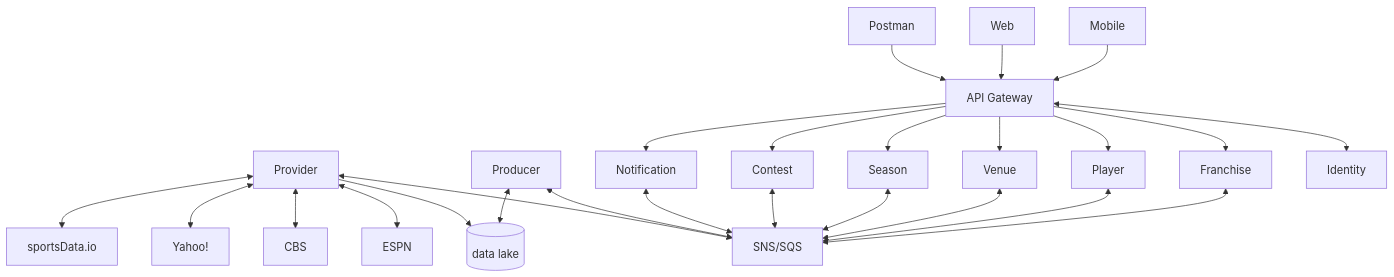
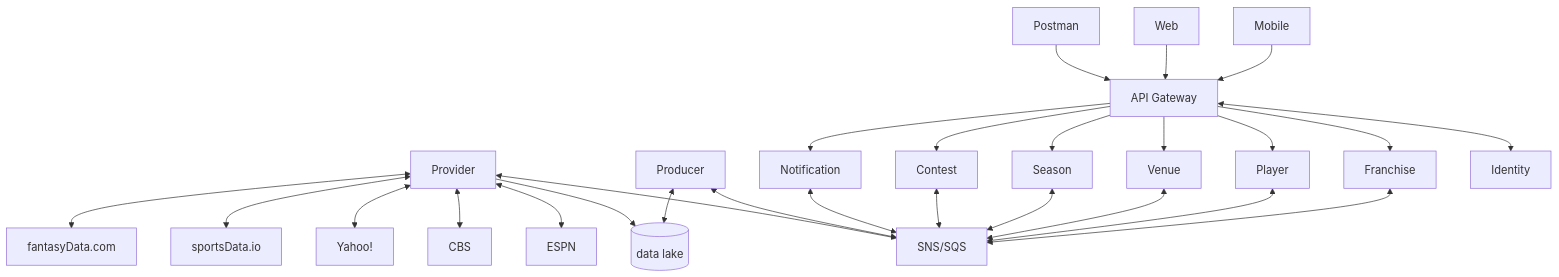
The first of 2 diagrams in README.md (jrandallsexton/sports-data-core), drawn with Mermaid before and after one commit. The commit also changed other lines of this file, not shown here.

Commit message:
update mermaid with addition provider source

````diff
--- a/README.md
+++ b/README.md
@@ -24,42 +24,43 @@
 ```mermaid
 flowchart TD
     PV[Provider]
     DL[(data lake)]
     PV --> DL
     PD[Producer]
     PD <--> DL
     MSG[SNS/SQS]
     N[Notification]
     C[Contest]
     S[Season]
     V[Venue]
     PL[Player]
     FR[Franchise]
     ID[Identity]
     API[API Gateway]
     API <--> ID
     WCPOST[Postman]
     WCWEB[Web]
     WCMOB[Mobile]
     PV <--> ESPN[ESPN]
     PV <--> CBS[CBS]
     PV <--> YAHOO[Yahoo!]
     PV <--> SDIO[sportsData.io]
+    PV <--> FD[fantasyData.com]
     PV <--> MSG
     PD <--> MSG
     N <--> MSG
     C <--> MSG
     S <--> MSG
     V <--> MSG
     PL <--> MSG
     FR <--> MSG
     API --> C
     API --> S
     API --> V
     API --> PL
     API --> FR
     API --> N
     WCPOST --> API
     WCWEB --> API
     WCMOB --> API
 ```
````
